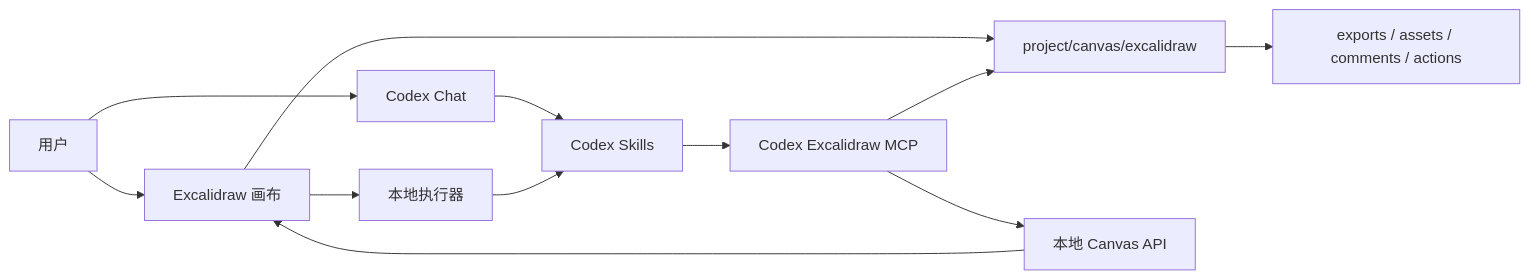
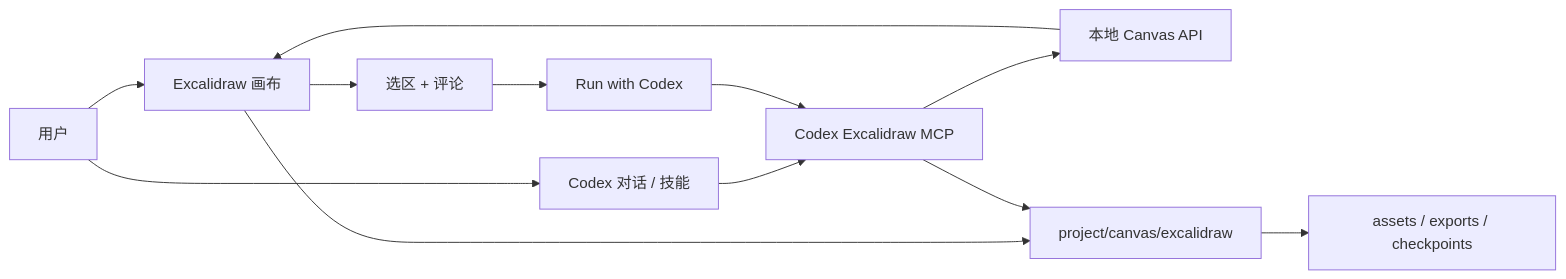
Before and after one commit to jeff-dong/codex-excalidraw: the diagram in README.zh.md, drawn with Mermaid. The commit also changed other lines of this file and 15 other files, not shown here.

Commit message:
Improve diagram rendering and README documentation

````diff
--- a/README.zh.md
+++ b/README.zh.md
@@ -53,14 +62,14 @@
 ```mermaid
 flowchart LR
   User["用户"] --> Canvas["Excalidraw 画布"]
-  User --> Chat["Codex Chat"]
+  User --> Codex["Codex 对话 / 技能"]
+  Canvas --> Comments["选区 + 评论"]
+  Comments --> Executor["Run with Codex"]
+  Codex --> MCP["Codex Excalidraw MCP"]
+  Executor --> MCP
+  MCP --> API["本地 Canvas API"]
+  API --> Canvas
   Canvas --> Store["project/canvas/excalidraw"]
-  Chat --> Skills["Codex Skills"]
-  Skills --> MCP["Codex Excalidraw MCP"]
-  Canvas --> Executor["本地执行器"]
-  Executor --> Skills
-  MCP --> API["本地 Canvas API"]
   MCP --> Store
-  API --> Canvas
-  Store --> Exports["exports / assets / comments / actions"]
+  Store --> Assets["assets / exports / checkpoints"]
 ```
````
